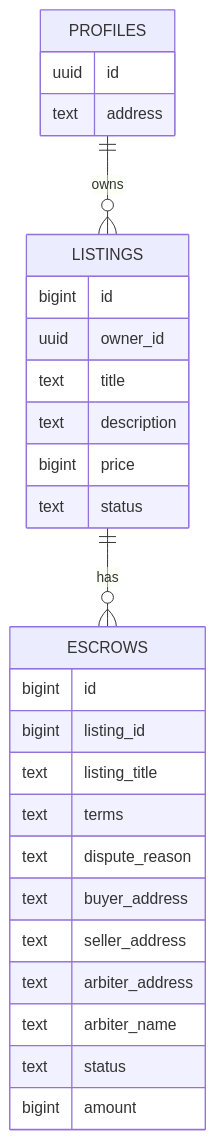
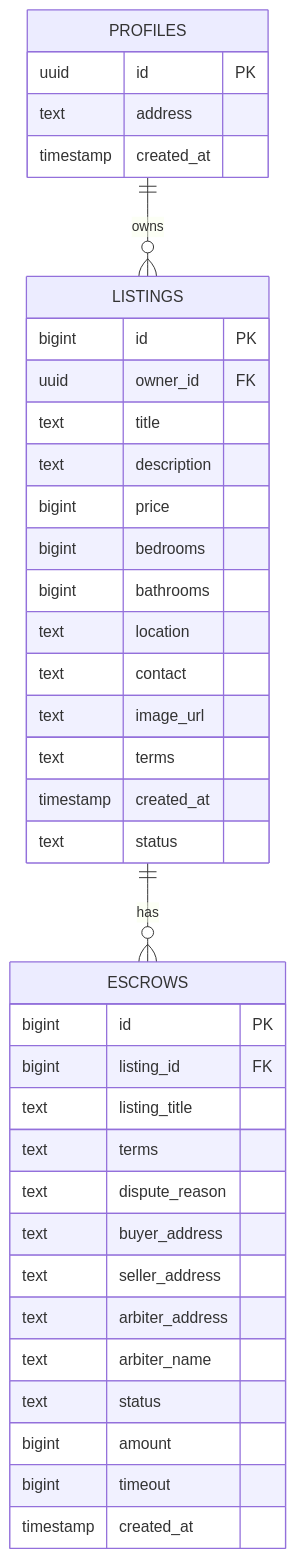
Before and after one commit to giantgun/Cuniro: the diagram in README.md, drawn with Mermaid.

````diff
--- a/README.md
+++ b/README.md
@@ -270,30 +270,40 @@
 ```mermaid
 erDiagram
   PROFILES {
-    uuid id
+    uuid id PK
     text address
+    timestamp created_at
   }
   LISTINGS {
-    bigint id
-    uuid owner_id
+    bigint id PK
+    uuid owner_id FK
     text title
     text description
     bigint price
+    bigint bedrooms
+    bigint bathrooms
+    text location
+    text contact
+    text image_url
+    text terms
+    timestamp created_at
     text status
   }
   ESCROWS {
-    bigint id
-    bigint listing_id
+    bigint id PK
+    bigint listing_id FK
     text listing_title
     text terms
     text dispute_reason
     text buyer_address
     text seller_address
     text arbiter_address
     text arbiter_name
     text status
     bigint amount
+    bigint timeout
+    timestamp created_at
   }
   PROFILES ||--o{ LISTINGS : "owns"
   LISTINGS ||--o{ ESCROWS : "has"
 ```
````
